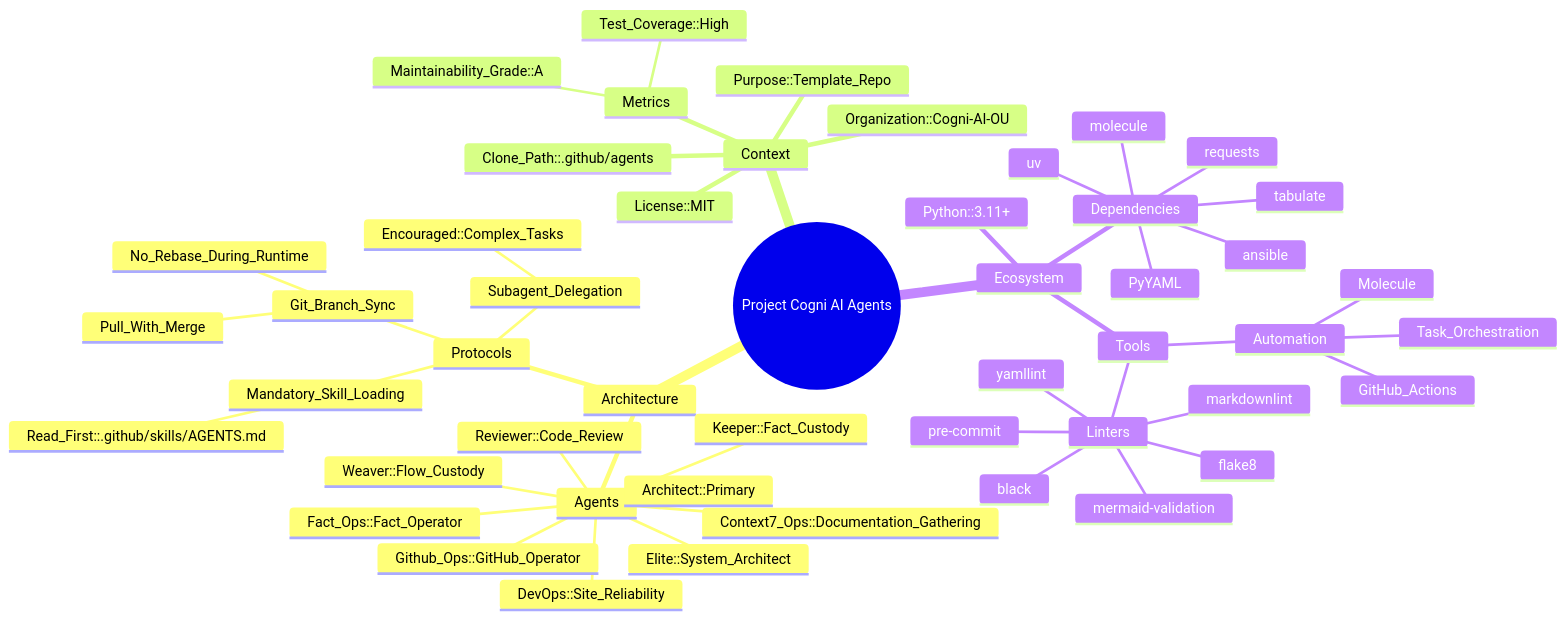
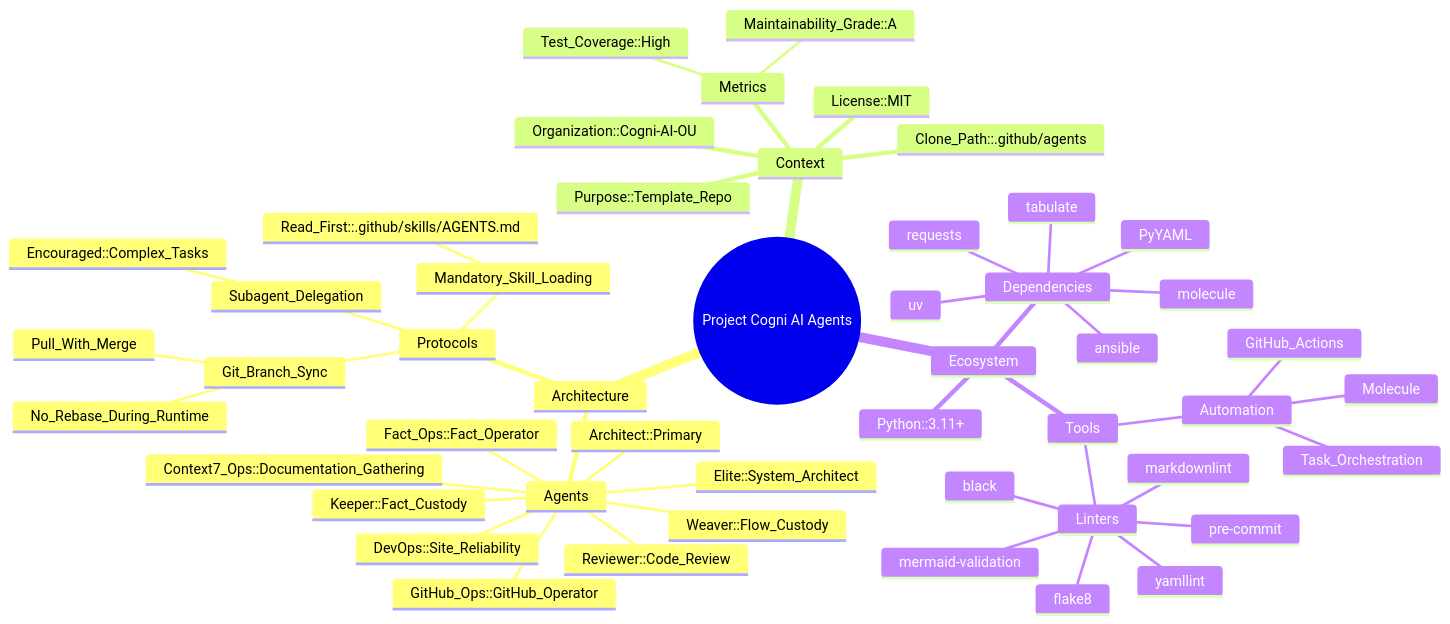
Before and after one commit to Cogni-AI-OU/cogni-ai-agents: the diagram in FACTS.mmd, drawn with Mermaid. The commit also changed 1 other file, not shown here.

Commit message:
Fixed GitHub capitalization and grammar.

```diff
--- a/FACTS.mmd
+++ b/FACTS.mmd
@@ -1,53 +1,53 @@
 %% Project's facts
 %% Note: Keep items in alphabetical order.
 mindmap
   root((Project Cogni AI Agents))
     Architecture
       Agents
         Architect::Primary
         Context7_Ops::Documentation_Gathering
         DevOps::Site_Reliability
         Elite::System_Architect
         Fact_Ops::Fact_Operator
-        Github_Ops::GitHub_Operator
+        GitHub_Ops::GitHub_Operator
         Keeper::Fact_Custody
         Reviewer::Code_Review
         Weaver::Flow_Custody
       Protocols
         Git_Branch_Sync
           No_Rebase_During_Runtime
           Pull_With_Merge
         Mandatory_Skill_Loading
           Read_First::.github/skills/AGENTS.md
         Subagent_Delegation
           Encouraged::Complex_Tasks
 
     Context
       Clone_Path::.github/agents
       License::MIT
       Metrics
         Maintainability_Grade::A
         Test_Coverage::High
       Organization::Cogni-AI-OU
       Purpose::Template_Repo
     Ecosystem
       Dependencies
         PyYAML
         ansible
         molecule
         requests
         tabulate
         uv
       Python::3.11+
       Tools
         Automation
           GitHub_Actions
           Molecule
           Task_Orchestration
         Linters
           black
           flake8
           markdownlint
           mermaid-validation
           pre-commit
           yamllint
```
